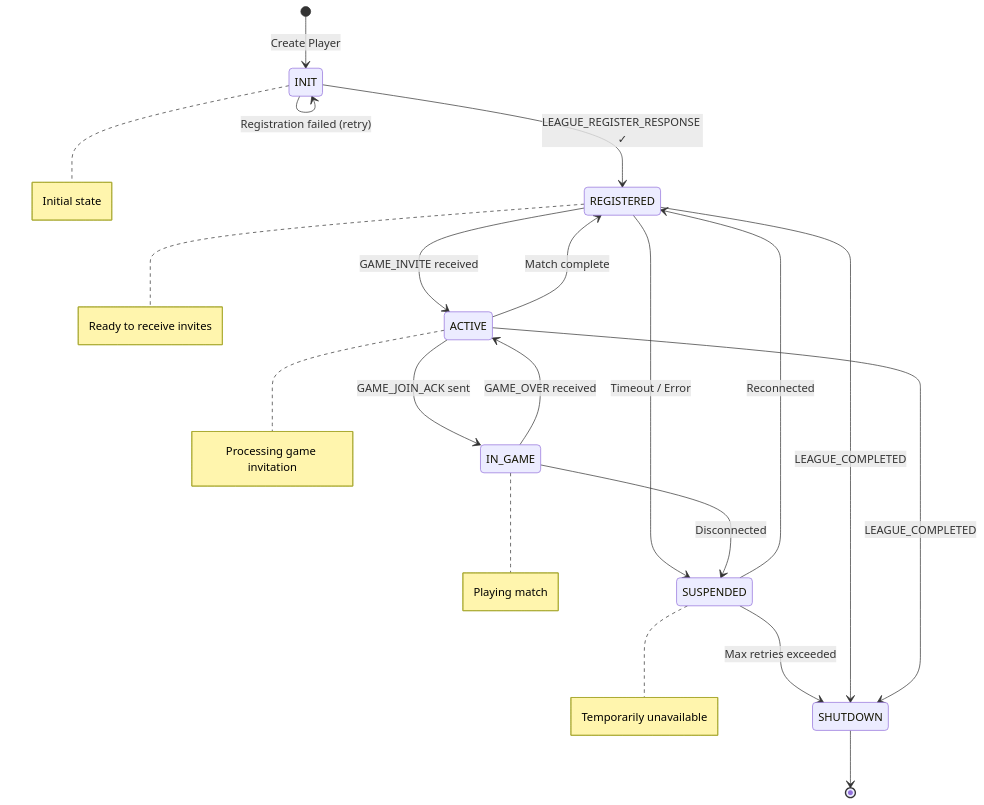
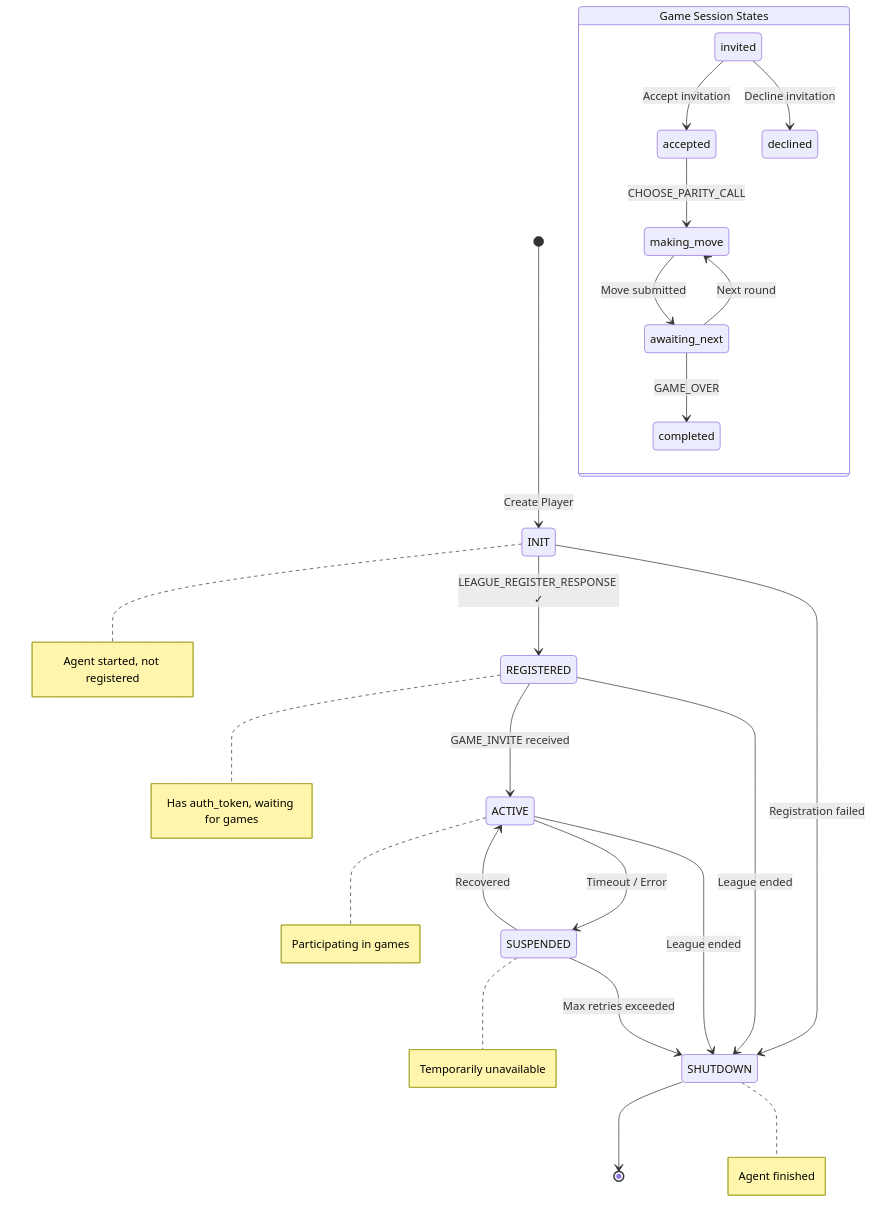
Before and after one commit to fouada/Assignment7_mcp-multi-agent-game: diagram 14 of 19 in README.md, drawn with Mermaid. The commit also changed other lines of this file and 2 other files, not shown here.

````diff
--- a/README.md
+++ b/README.md
@@ -843,31 +888,33 @@
 ```mermaid
 stateDiagram-v2
     [*] --> INIT: Create Player
     
     INIT --> REGISTERED: LEAGUE_REGISTER_RESPONSE ✓
-    INIT --> INIT: Registration failed (retry)
+    INIT --> SHUTDOWN: Registration failed
     
     REGISTERED --> ACTIVE: GAME_INVITE received
-    REGISTERED --> SUSPENDED: Timeout / Error
+    REGISTERED --> SHUTDOWN: League ended
     
-    ACTIVE --> IN_GAME: GAME_JOIN_ACK sent
+    ACTIVE --> SUSPENDED: Timeout / Error
+    ACTIVE --> SHUTDOWN: League ended
     
-    IN_GAME --> ACTIVE: GAME_OVER received
-    IN_GAME --> SUSPENDED: Disconnected
-    
-    ACTIVE --> REGISTERED: Match complete
-    
-    SUSPENDED --> REGISTERED: Reconnected
+    SUSPENDED --> ACTIVE: Recovered
     SUSPENDED --> SHUTDOWN: Max retries exceeded
-    
-    REGISTERED --> SHUTDOWN: LEAGUE_COMPLETED
-    ACTIVE --> SHUTDOWN: LEAGUE_COMPLETED
     
     SHUTDOWN --> [*]
     
-    note right of INIT: Initial state
-    note right of REGISTERED: Ready to receive invites
-    note right of ACTIVE: Processing game invitation
-    note right of IN_GAME: Playing match
+    note right of INIT: Agent started, not registered
+    note right of REGISTERED: Has auth_token, waiting for games
+    note right of ACTIVE: Participating in games
     note right of SUSPENDED: Temporarily unavailable
+    note right of SHUTDOWN: Agent finished
+
+    state "Game Session States" as GameSession {
+        invited --> accepted: Accept invitation
+        invited --> declined: Decline invitation
+        accepted --> making_move: CHOOSE_PARITY_CALL
+        making_move --> awaiting_next: Move submitted
+        awaiting_next --> making_move: Next round
+        awaiting_next --> completed: GAME_OVER
+    }
 ```
````
